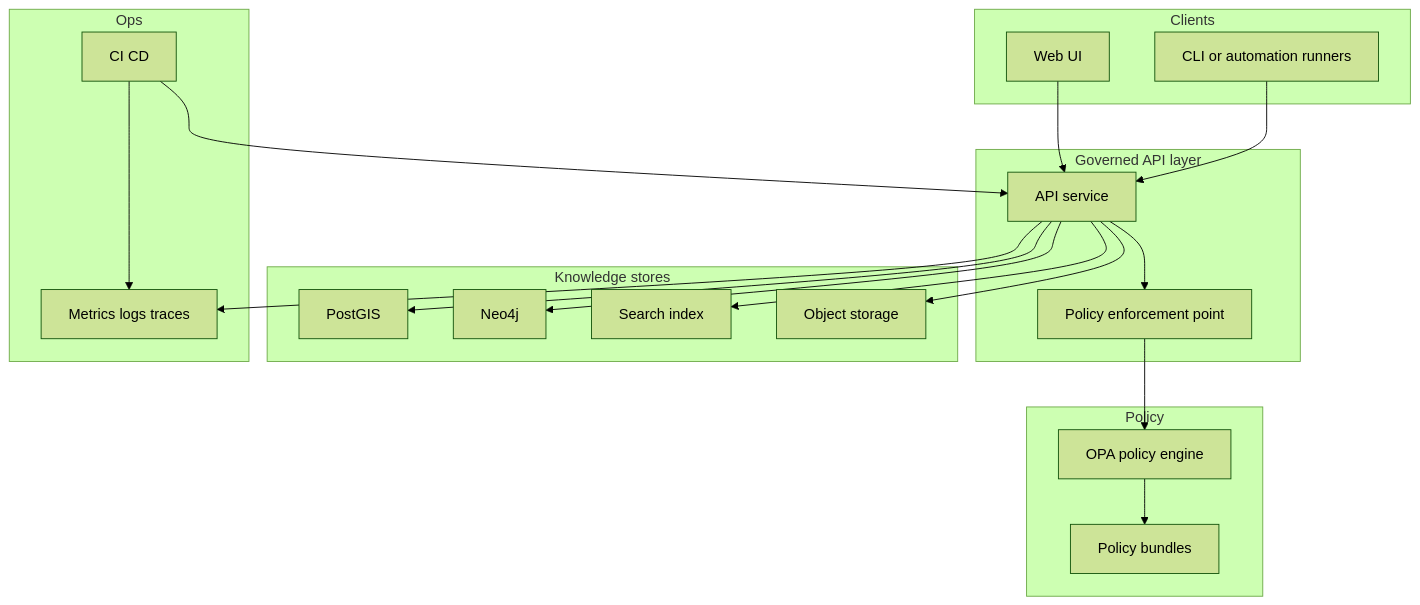
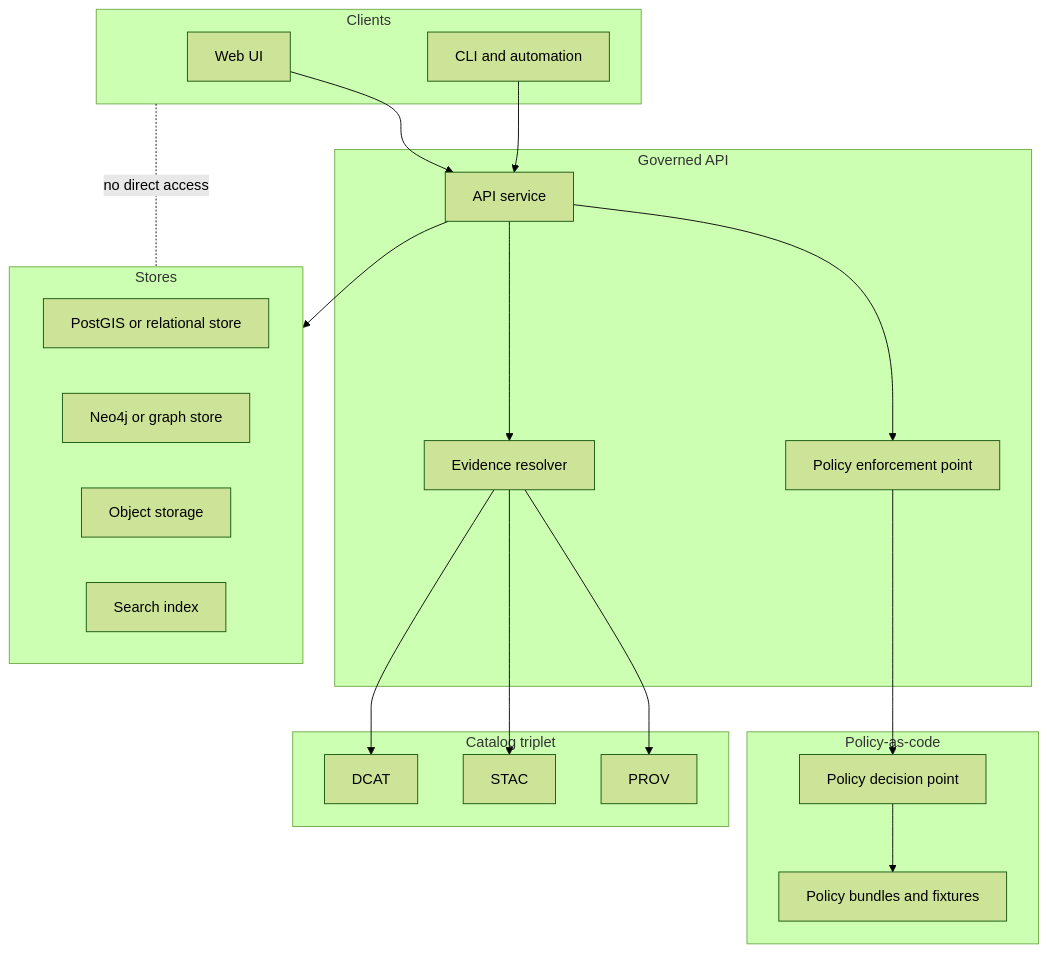
One commit to bartytime4life/Kansas-Frontier-Matrix changed the diagram in infra/README.md. Above: the diagram before and after it, drawn with Mermaid (forest theme). The commit also changed other lines of this file, not shown here.

````diff
--- a/infra/README.md
+++ b/infra/README.md
@@ -104,45 +240,48 @@
 ```mermaid
 flowchart TB
-  subgraph Client["Clients"]
+  subgraph Clients["Clients"]
     UI["Web UI"]
-    CLI["CLI or automation runners"]
+    CLI["CLI and automation"]
   end
 
-  subgraph API["Governed API layer"]
+  subgraph API["Governed API"]
     APISVC["API service"]
     PEP["Policy enforcement point"]
+    EVID["Evidence resolver"]
   end
 
-  subgraph Policy["Policy"]
-    OPA["OPA policy engine"]
-    REGO["Policy bundles"]
+  subgraph Policy["Policy-as-code"]
+    PDP["Policy decision point"]
+    BUNDLE["Policy bundles and fixtures"]
   end
 
-  subgraph Stores["Knowledge stores"]
-    PG["PostGIS"]
-    N4J["Neo4j"]
-    IDX["Search index"]
-    OBJ["Object storage"]
+  subgraph Catalogs["Catalog triplet"]
+    DCAT["DCAT"]
+    STAC["STAC"]
+    PROV["PROV"]
   end
 
-  subgraph Ops["Ops"]
-    OBS["Metrics logs traces"]
-    CI["CI CD"]
+  subgraph Stores["Stores"]
+    DB["PostGIS or relational store"]
+    GRAPH["Neo4j or graph store"]
+    OBJ["Object storage"]
+    IDX["Search index"]
   end
 
   UI --> APISVC
   CLI --> APISVC
 
   APISVC --> PEP
-  PEP --> OPA
-  OPA --> REGO
+  APISVC --> EVID
+  PEP --> PDP
+  PDP --> BUNDLE
 
-  APISVC --> PG
-  APISVC --> N4J
-  APISVC --> IDX
-  APISVC --> OBJ
+  EVID --> DCAT
+  EVID --> STAC
+  EVID --> PROV
 
-  APISVC --> OBS
-  CI --> OBS
-  CI --> APISVC
+  APISVC --> Stores
+
+  %% Trust membrane statement as edges
+  Clients -. no direct access .- Stores
 ```
````
